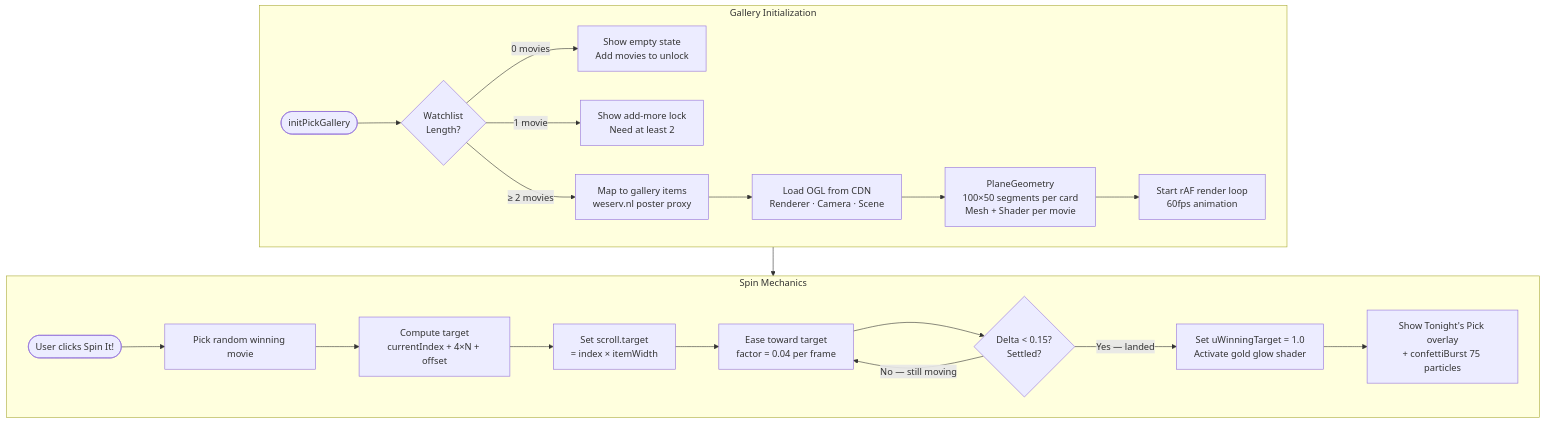
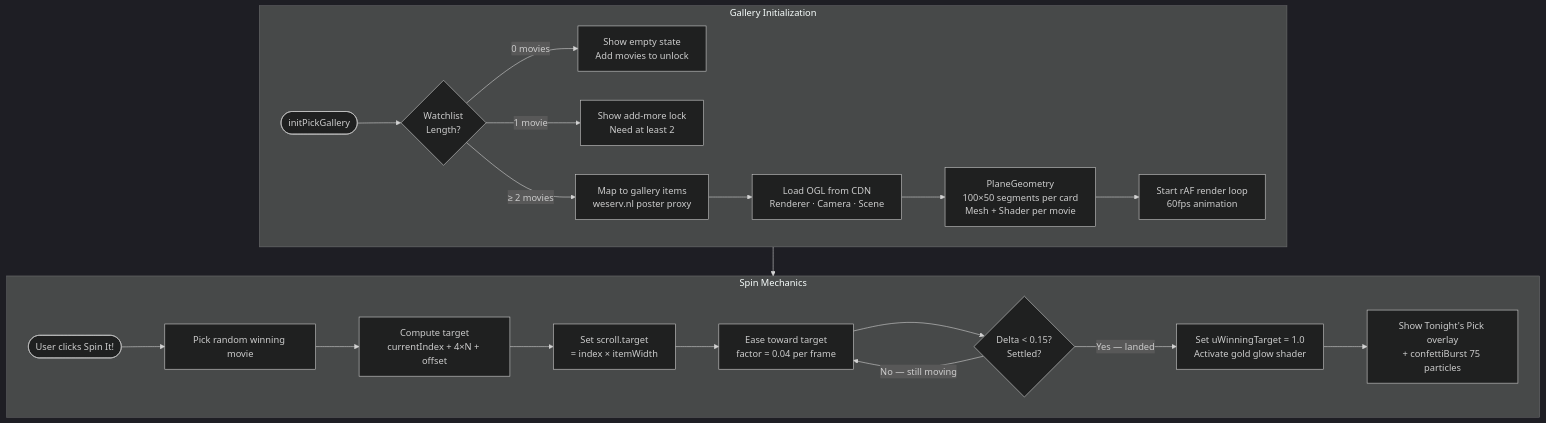
One commit to 4-thkind/Movie-Recommendation-Model changed the fifth of 6 diagrams in README.md. Above: the diagram before and after it, drawn with Mermaid. The commit also changed other lines of this file, not shown here.

````diff
--- a/README.md
+++ b/README.md
@@ -436,25 +369,26 @@
 ```mermaid
+%%{init: {'theme': 'dark'}}%%
 flowchart TD
     subgraph INIT [" Gallery Initialization "]
         I1([initPickGallery]) --> I2{Watchlist\nLength?}
         I2 -->|0 movies| I3[Show empty state\nAdd movies to unlock]
         I2 -->|1 movie| I4[Show add-more lock\nNeed at least 2]
         I2 -->|≥ 2 movies| I5[Map to gallery items\nweserv.nl poster proxy]
         I5 --> I6[Load OGL from CDN\nRenderer · Camera · Scene]
         I6 --> I7[PlaneGeometry\n100×50 segments per card\nMesh + Shader per movie]
         I7 --> I8[Start rAF render loop\n60fps animation]
     end
 
     subgraph SPIN [" Spin Mechanics "]
         S1([User clicks Spin It!]) --> S2[Pick random winning movie]
         S2 --> S3[Compute target\ncurrentIndex + 4×N + offset]
         S3 --> S4[Set scroll.target\n= index × itemWidth]
         S4 --> S5[Ease toward target\nfactor = 0.04 per frame]
         S5 --> S6{Delta < 0.15?\nSettled?}
         S6 -->|No — still moving| S5
         S6 -->|Yes — landed| S7[Set uWinningTarget = 1.0\nActivate gold glow shader]
         S7 --> S8[Show Tonight's Pick overlay\n+ confettiBurst 75 particles]
     end
 
     INIT --> SPIN
 ```
````
